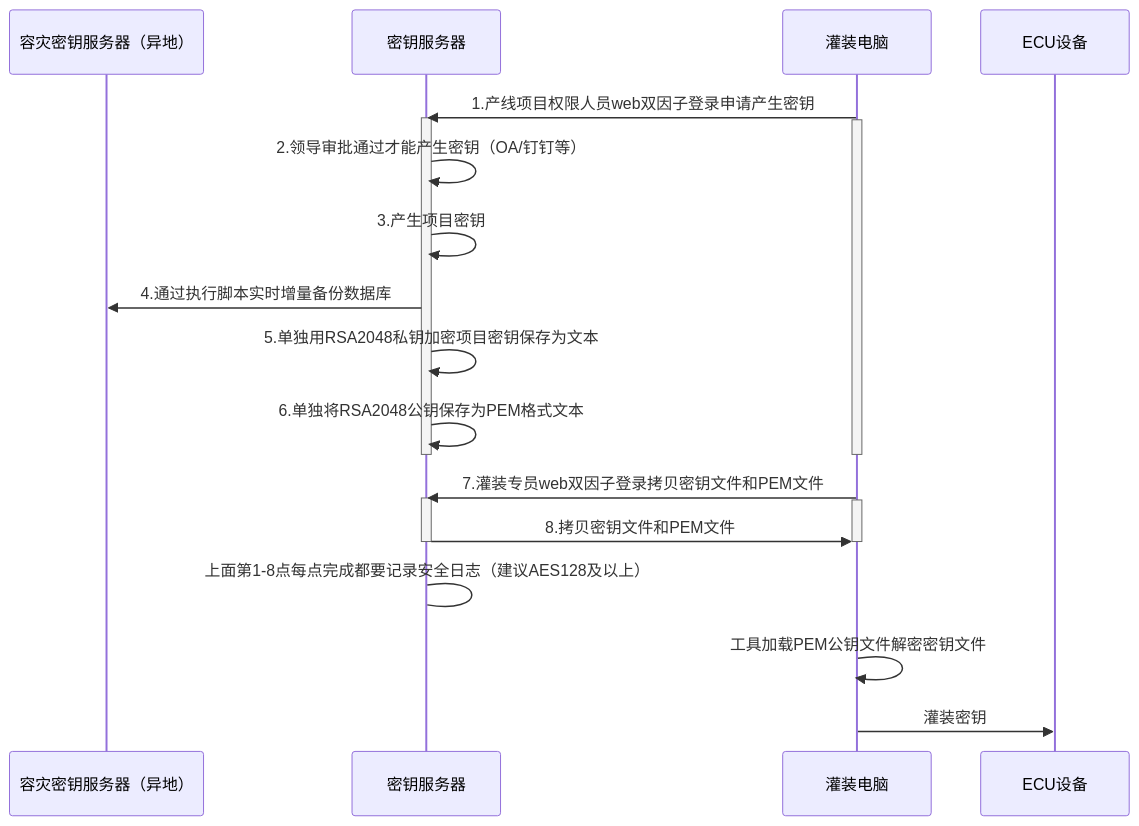
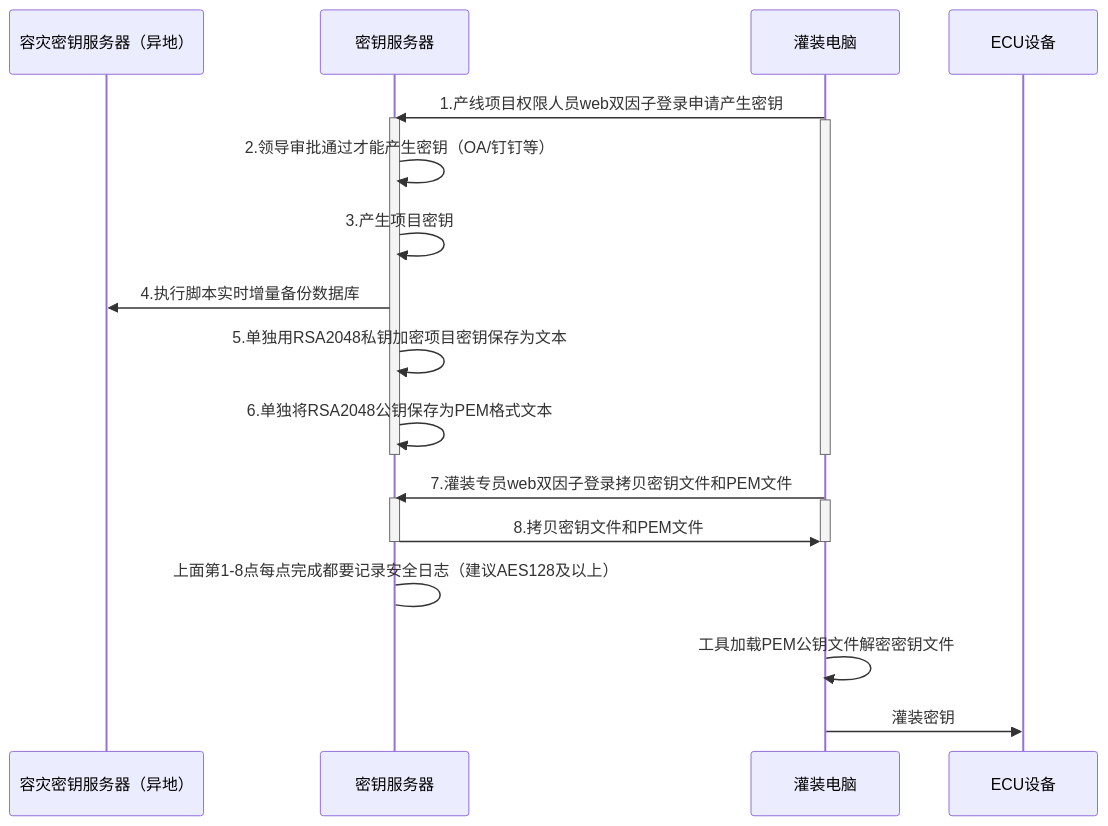
One commit to facebook-cloud/iodraw-files changed the diagram in all/未命名-15.md. Above: the diagram before and after it, drawn with Mermaid.

Commit message:
2026-02-11 19:57:22 update

````diff
--- a/all/未命名-15.md
+++ b/all/未命名-15.md
@@ -1,32 +1,32 @@
 ```mermaid
 sequenceDiagram
     participant A as 容灾密钥服务器（异地）
     participant B as 密钥服务器
     participant D as 灌装电脑
     participant E as ECU设备
 
     
     D->>B: 1.产线项目权限人员web双因子登录申请产生密钥
     activate B
     activate D
     B->>B: 2.领导审批通过才能产生密钥（OA/钉钉等）
     B->>B: 3.产生项目密钥
-    B->>A: 4.通过执行脚本实时增量备份数据库
+    B->>A: 4.执行脚本实时增量备份数据库
     B->>B: 5.单独用RSA2048私钥加密项目密钥保存为文本
     B->>B: 6.单独将RSA2048公钥保存为PEM格式文本
     deactivate B
     deactivate D
 
     
     D->>B: 7.灌装专员web双因子登录拷贝密钥文件和PEM文件
     activate B
     activate D
     B->>D: 8.拷贝密钥文件和PEM文件
     deactivate B
     deactivate D
     B->B: 上面第1-8点每点完成都要记录安全日志（建议AES128及以上）
 
     D->>D:工具加载PEM公钥文件解密密钥文件
     
     D->>E: 灌装密钥
 ```
````
